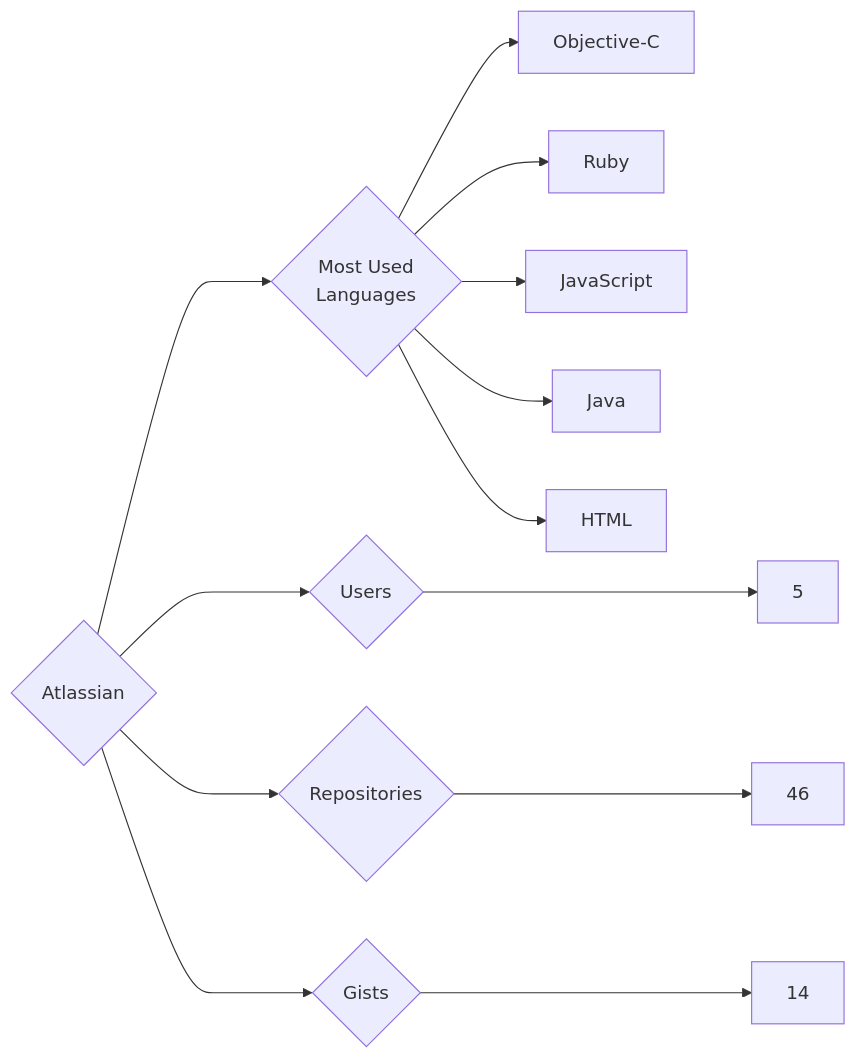
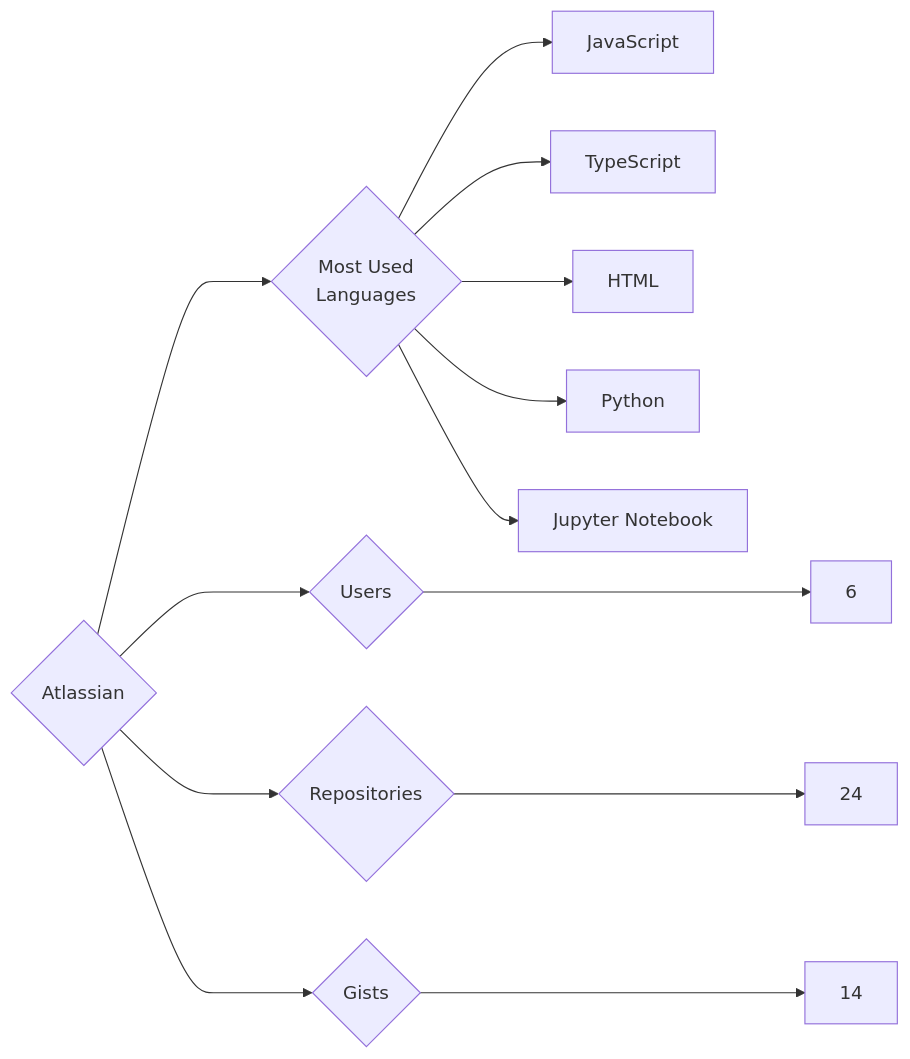
Before and after one commit to trickest/insiders: the diagram in targets/Atlassian/README.md, drawn with Mermaid. The commit also changed 1092 other files, not shown here.

````diff
--- a/targets/Atlassian/README.md
+++ b/targets/Atlassian/README.md
@@ -3,13 +3,13 @@
 ```mermaid
 graph LR
 COMPANY_NAME{Atlassian}
-COMPANY_NAME ---> U{Users} ---> UN[5]
-COMPANY_NAME ---> R{Repositories} ---> RN[46]
+COMPANY_NAME ---> U{Users} ---> UN[6]
+COMPANY_NAME ---> R{Repositories} ---> RN[24]
 COMPANY_NAME ---> G{Gists} ---> GN[14]
 COMPANY_NAME ---> ML{Most Used<br>Languages}
-ML --> Objective-C[Objective-C]
-ML --> Ruby[Ruby]
 ML --> JavaScript[JavaScript]
-ML --> Java[Java]
+ML --> TypeScript[TypeScript]
 ML --> HTML[HTML]
+ML --> Python[Python]
+ML --> Jupyter_Notebook[Jupyter Notebook]
 ```
````
